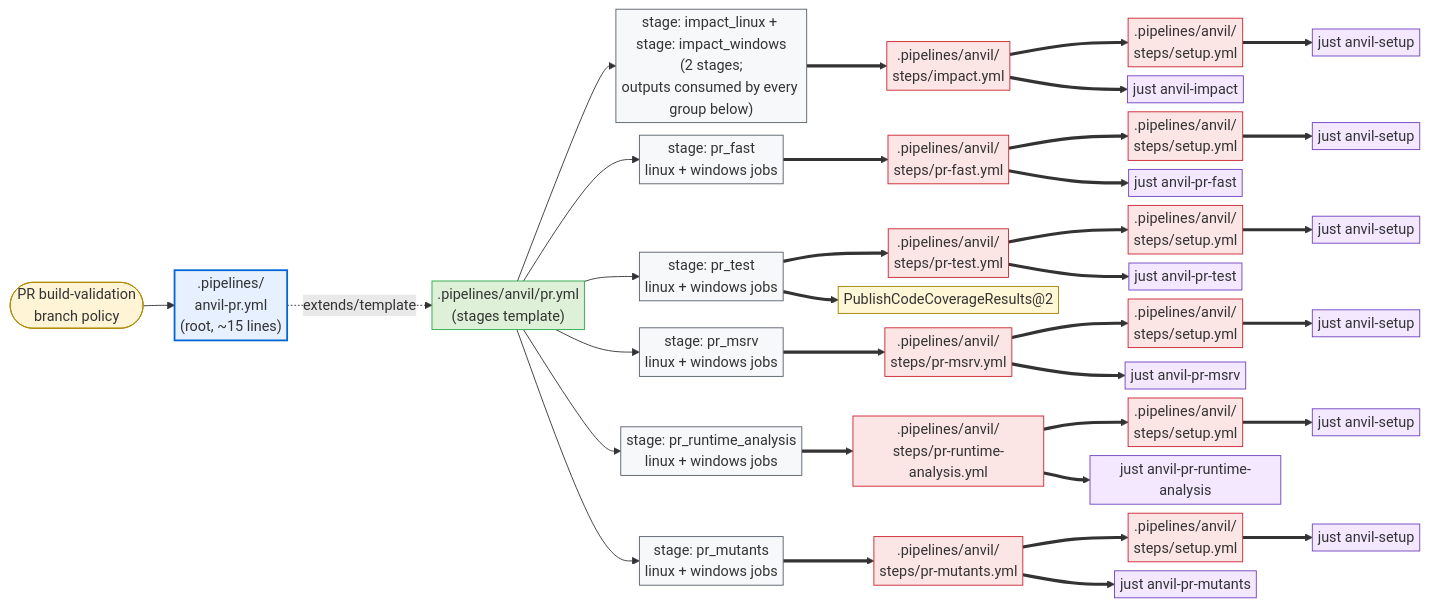
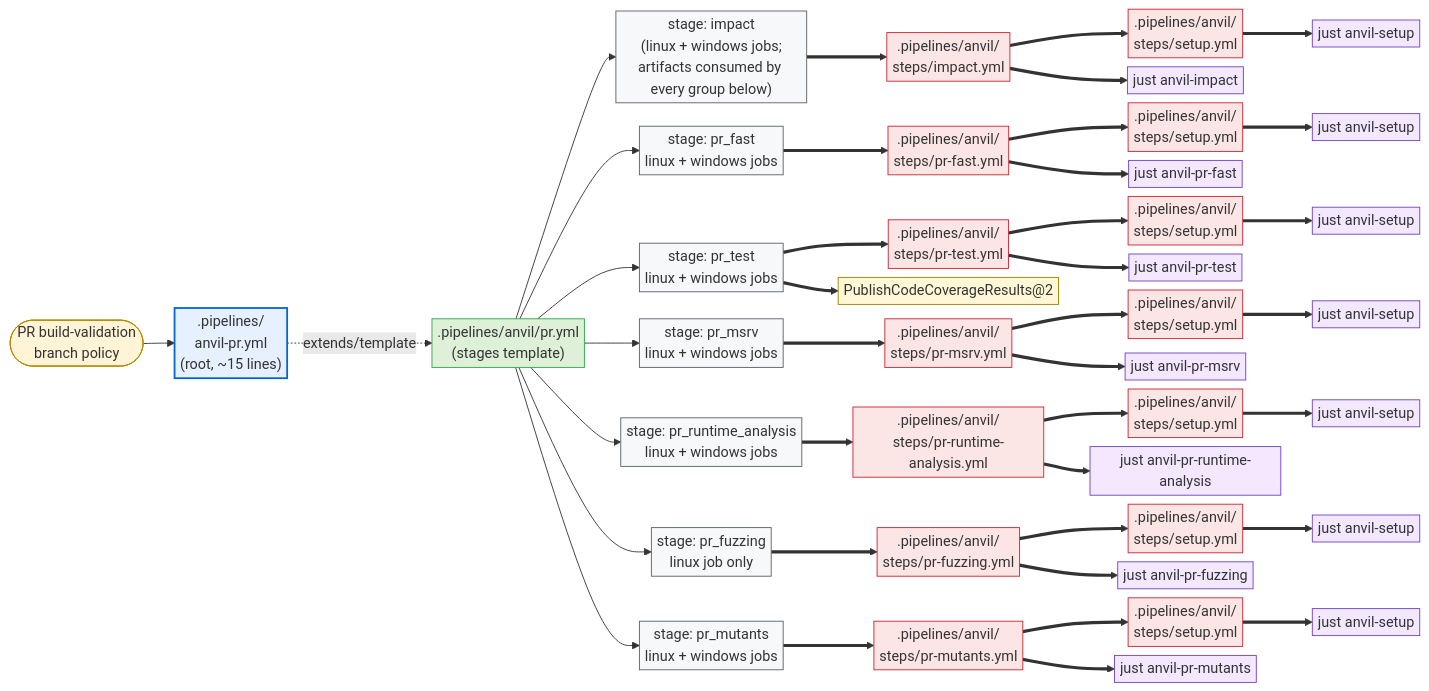
The first of 2 diagrams in crates/cargo-anvil/docs/design/ado.md (microsoft/ox-tools), drawn with Mermaid before and after one commit. The commit also changed other lines of this file and 42 other files, not shown here.

First line of the commit message:
perf(cargo-anvil): streamline PR checks and isolate Linux fuzzing (#336)

```diff
--- a/crates/cargo-anvil/docs/design/ado.md
+++ b/crates/cargo-anvil/docs/design/ado.md
@@ -47,11 +47,12 @@
     pr_evt([PR build-validation<br/>branch policy]):::trigger
     pr_root[".pipelines/<br/>anvil-pr.yml<br/>(root, ~15 lines)"]:::root
     pr_stages[".pipelines/anvil/pr.yml<br/>(stages template)"]:::impl
-    impact_s["stage: impact_linux + stage: impact_windows<br/>(2 stages;<br/>outputs consumed by every group below)"]:::stage
+    impact_s["stage: impact<br/>(linux + windows jobs;<br/>artifacts consumed by every group below)"]:::stage
     pr_fast_s["stage: pr_fast<br/>linux + windows jobs"]:::stage
     pr_test_s["stage: pr_test<br/>linux + windows jobs"]:::stage
     pr_msrv_s["stage: pr_msrv<br/>linux + windows jobs"]:::stage
     pr_runtime_analysis_s["stage: pr_runtime_analysis<br/>linux + windows jobs"]:::stage
+    pr_fuzzing_s["stage: pr_fuzzing<br/>linux job only"]:::stage
     pr_mutants_s["stage: pr_mutants<br/>linux + windows jobs"]:::stage
     impact_step[".pipelines/anvil/<br/>steps/impact.yml"]:::step
     impact_setup[".pipelines/anvil/<br/>steps/setup.yml"]:::step
@@ -59,11 +60,13 @@
     test_setup[".pipelines/anvil/<br/>steps/setup.yml"]:::step
     msrv_setup[".pipelines/anvil/<br/>steps/setup.yml"]:::step
     runtime_setup[".pipelines/anvil/<br/>steps/setup.yml"]:::step
+    fuzzing_setup[".pipelines/anvil/<br/>steps/setup.yml"]:::step
     mutants_setup[".pipelines/anvil/<br/>steps/setup.yml"]:::step
     fast_step[".pipelines/anvil/<br/>steps/pr-fast.yml"]:::step
     test_step[".pipelines/anvil/<br/>steps/pr-test.yml"]:::step
     msrv_step[".pipelines/anvil/<br/>steps/pr-msrv.yml"]:::step
     runtime_step[".pipelines/anvil/<br/>steps/pr-runtime-analysis.yml"]:::step
+    fuzzing_step[".pipelines/anvil/<br/>steps/pr-fuzzing.yml"]:::step
     mutants_step[".pipelines/anvil/<br/>steps/pr-mutants.yml"]:::step
     publish_coverage["PublishCodeCoverageResults@2"]:::external
     fast_just["just anvil-pr-fast"]:::recipe
@@ -76,6 +79,8 @@
     msrv_setup_just["just anvil-setup"]:::recipe
     runtime_just["just anvil-pr-runtime-analysis"]:::recipe
     runtime_setup_just["just anvil-setup"]:::recipe
+    fuzzing_just["just anvil-pr-fuzzing"]:::recipe
+    fuzzing_setup_just["just anvil-setup"]:::recipe
     mutants_just["just anvil-pr-mutants"]:::recipe
     mutants_setup_just["just anvil-setup"]:::recipe
 
@@ -86,6 +91,7 @@
     pr_stages --> pr_test_s
     pr_stages --> pr_msrv_s
     pr_stages --> pr_runtime_analysis_s
+    pr_stages --> pr_fuzzing_s
     pr_stages --> pr_mutants_s
 
     impact_s ==> impact_step
@@ -94,6 +100,7 @@
     pr_msrv_s ==> msrv_step
     pr_test_s ==> publish_coverage
     pr_runtime_analysis_s ==> runtime_step
+    pr_fuzzing_s ==> fuzzing_step
     pr_mutants_s ==> mutants_step
 
     impact_step ==> impact_setup
@@ -106,6 +113,8 @@
     msrv_step ==> msrv_just
     runtime_step ==> runtime_setup
     runtime_step ==> runtime_just
+    fuzzing_step ==> fuzzing_setup
+    fuzzing_step ==> fuzzing_just
     mutants_step ==> mutants_setup
     mutants_step ==> mutants_just
 
@@ -114,6 +123,7 @@
     test_setup ==> test_setup_just
     msrv_setup ==> msrv_setup_just
     runtime_setup ==> runtime_setup_just
+    fuzzing_setup ==> fuzzing_setup_just
     mutants_setup ==> mutants_setup_just
 
     classDef trigger fill:#fff4d6,stroke:#b08800,stroke-width:1px;
```
